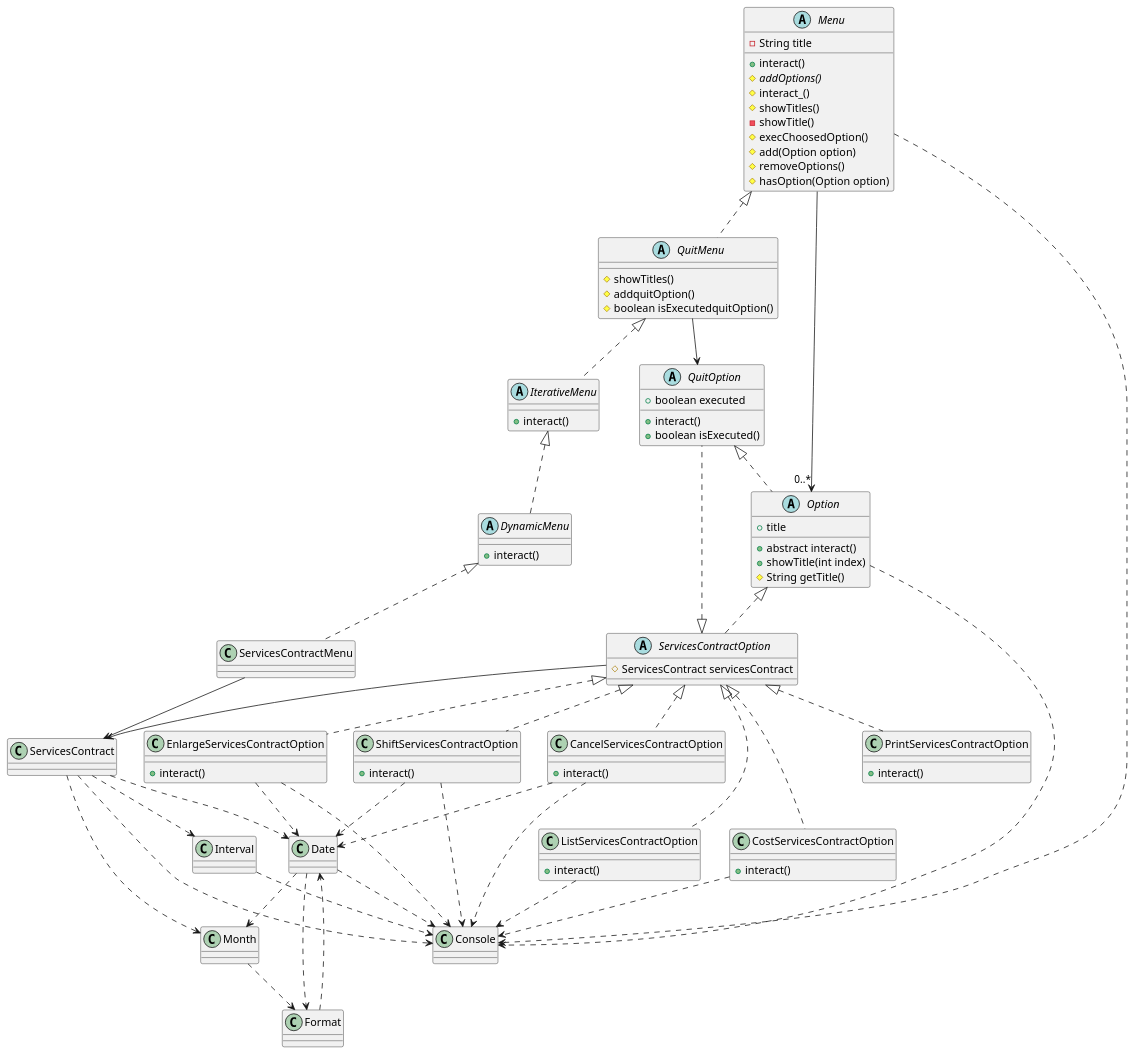
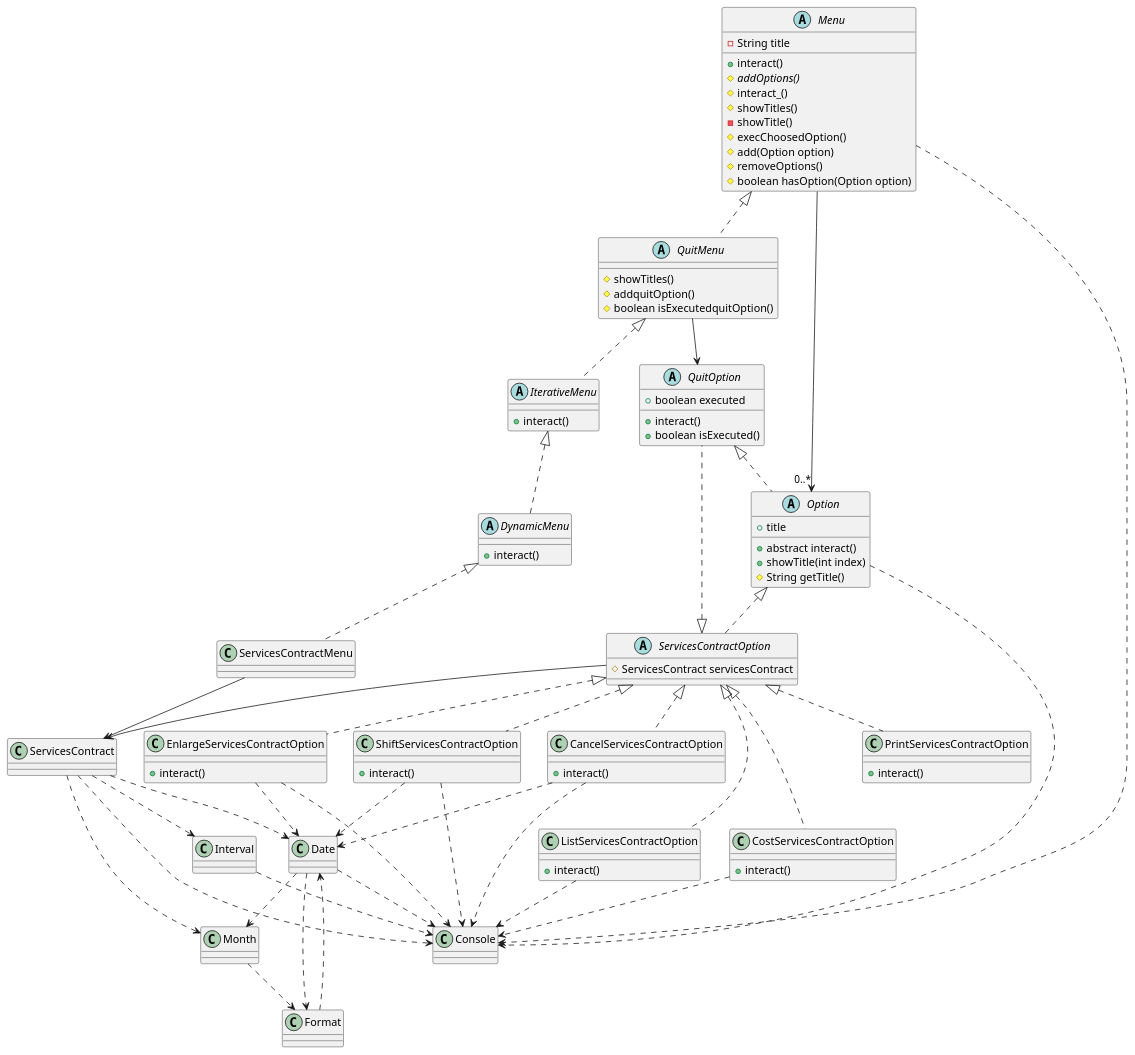
Before and after one commit to USantaTecla-ed-mpds/lab-lovalace: the diagram in tech-java-basada-en-objetos-servicescontract_menu/ServicesContractMenu/src/es/pbover/master/UML/ModeloClases.puml, drawn with PlantUML.

```diff
--- a/tech-java-basada-en-objetos-servicescontract_menu/ServicesContractMenu/src/es/pbover/master/UML/ModeloClases.puml
+++ b/tech-java-basada-en-objetos-servicescontract_menu/ServicesContractMenu/src/es/pbover/master/UML/ModeloClases.puml
@@ -1,148 +1,148 @@
 @startuml
 class ServicesContract
 abstract class Menu
 abstract class DynamicMenu
 abstract class IterativeMenu
 abstract class QuitMenu
 class ServicesContractMenu
 abstract class Option
 abstract class ServicesContractOption
 class CancelServicesContractOption
 class CostServicesContractOption
 class EnlargeServicesContractOption
 class ListServicesContractOption
 class PrintServicesContractOption
 class QuitOption
 class ShiftServicesContractOption
 class Date
 class Month
 class Format
 class Console
 
 Option <|.. ServicesContractOption
 
 ServicesContractOption <|.. CancelServicesContractOption
 ServicesContractOption <|.. CostServicesContractOption
 ServicesContractOption <|.. EnlargeServicesContractOption
 ServicesContractOption <|.. ListServicesContractOption
 ServicesContractOption <|.. PrintServicesContractOption 
 ServicesContractOption <|.. QuitOption 
 ServicesContractOption <|.. ShiftServicesContractOption 
 
 
 abstract class Menu {
  - String title
  +interact()
  #{abstract} addOptions()
  #interact_()
  #showTitles()
  -showTitle()
  #execChoosedOption()
  #add(Option option)
  #removeOptions()
- #hasOption(Option option)
+ #boolean hasOption(Option option)
 }
 
 abstract class QuitMenu {
  #showTitles()
  #addquitOption()
  #boolean isExecutedquitOption()
 }
 
 abstract class IterativeMenu {
  +interact()
 }
 
 abstract class DynamicMenu {
  +interact()
 }
 
 abstract class Option {
  +title
  +abstract interact()
  +showTitle(int index)
  #String getTitle()
 }
 
 abstract class QuitOption {
  +boolean executed
  +interact()
  +boolean isExecuted()
 }
 
 abstract class ServicesContractOption {
  #ServicesContract servicesContract
 }
 
 class CancelServicesContractOption
 {
   +interact()
 }
 
 class CostServicesContractOption
 {
   +interact()
 }
 
 class EnlargeServicesContractOption
 {
   +interact()
 }
 
 class ListServicesContractOption
 {
   +interact()
 }
 class PrintServicesContractOption
 {
   +interact()
 }
 class ShiftServicesContractOption
 {
   +interact()
 }
 
  QuitMenu --> QuitOption
 
 Menu <|.. QuitMenu
 QuitMenu <|.. IterativeMenu
 IterativeMenu <|.. DynamicMenu
 DynamicMenu <|.. ServicesContractMenu 
 QuitOption <|.. Option
 
 Menu -->"0..*" Option
 ServicesContractMenu --> ServicesContract
 ServicesContractOption --> ServicesContract
 
 
 ServicesContract ..> Console
 Menu ..> Console
 CancelServicesContractOption ..> Console
 CostServicesContractOption ..> Console
 EnlargeServicesContractOption ..> Console
 ListServicesContractOption ..> Console
 Option ..> Console
 ShiftServicesContractOption ..> Console
 Interval ..> Console
 Date ..> Console
 
 ServicesContract ..> Interval
 
 Date ..> Month
 ServicesContract ..> Month
 
 ServicesContract ..> Date
 CancelServicesContractOption ..> Date
 EnlargeServicesContractOption ..> Date
 ShiftServicesContractOption ..> Date
 Format ..> Date
 
 Date ..> Format
 Month ..> Format
 
 
 
 
 
 
 @enduml
```
